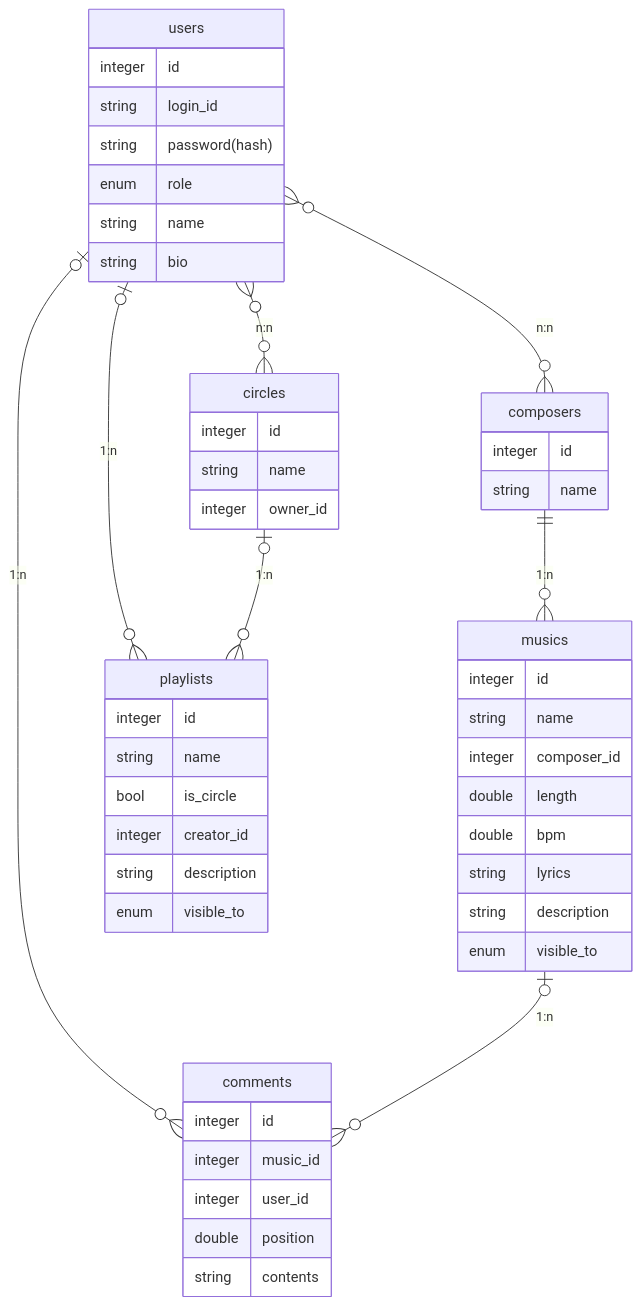
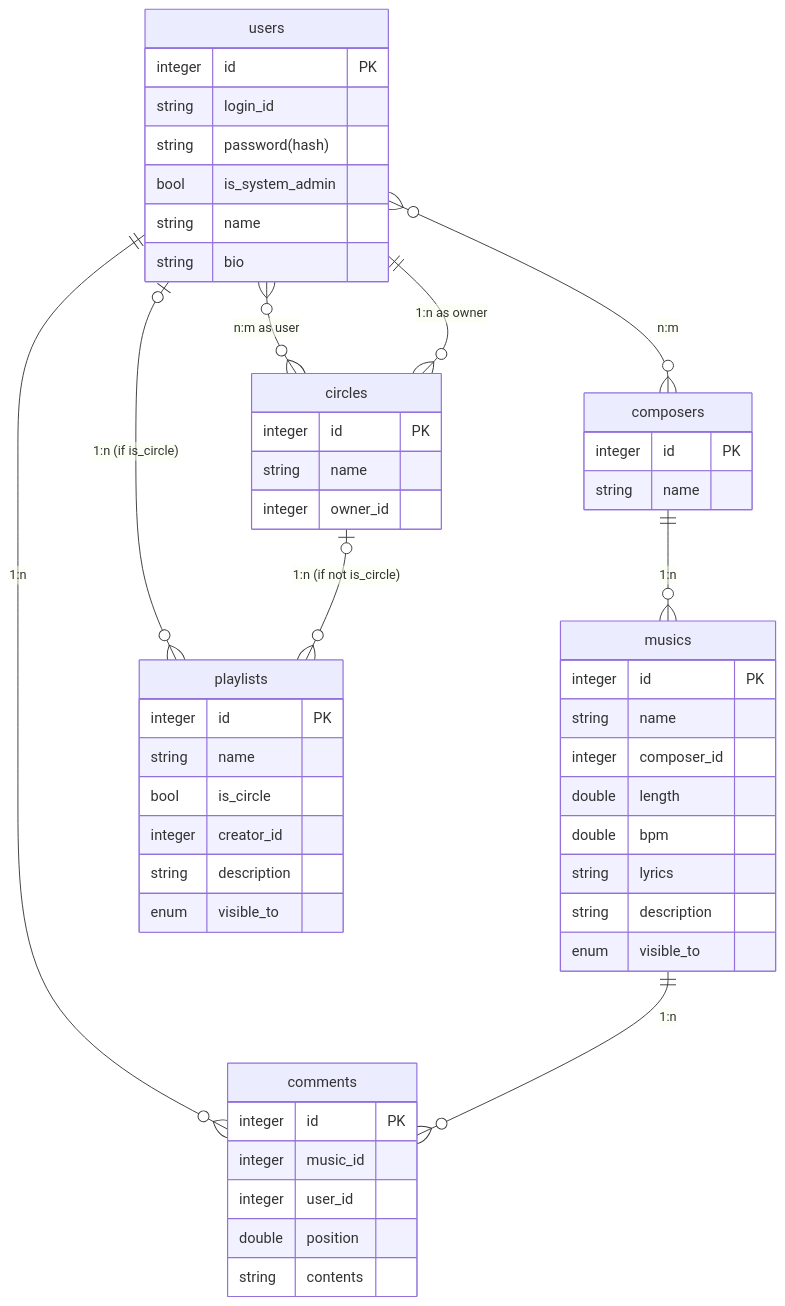
The diagram in README.md (Bmbo-sprg/OtoCircle), drawn with Mermaid before and after one commit. The commit also changed other lines of this file and 2 other files, not shown here.

````diff
--- a/README.md
+++ b/README.md
@@ -136,59 +104,60 @@
 ```mermaid
 erDiagram
 
-users }o--o{ composers: "n:n"
-users }o--o{ circles: "n:n"
+users }o--o{ composers: "n:m"
+users }o--o{ circles: "n:m as user"
+users ||--o{ circles: "1:n as owner"
 composers ||--o{ musics: "1:n"
-users |o--o{ playlists: "1:n"
-circles |o--o{ playlists: "1:n"
-users |o--o{ comments: "1:n"
-musics |o--o{ comments: "1:n"
+users |o--o{ playlists: "1:n (if is_circle)"
+circles |o--o{ playlists: "1:n (if not is_circle)"
+users ||--o{ comments: "1:n"
+musics ||--o{ comments: "1:n"
 
 users {
-    integer id
+    integer id PK
     string login_id
     string password(hash)
-    enum role
+    bool is_system_admin
     string name
     string bio
 }
 
 composers {
-    integer id
+    integer id PK
     string name
 }
 
 circles {
-    integer id
+    integer id PK
     string name
     integer owner_id
 }
 
 musics {
-    integer id
+    integer id PK
     string name
     integer composer_id
     double length
     double bpm
     string lyrics
     string description
     enum visible_to
 }
 
 playlists {
-    integer id
+    integer id PK
     string name
     bool is_circle
     integer creator_id
     string description
     enum visible_to
 }
 
 comments {
-    integer id
+    integer id PK
     integer music_id
     integer user_id
     double position
     string contents
 }
 ```
````
